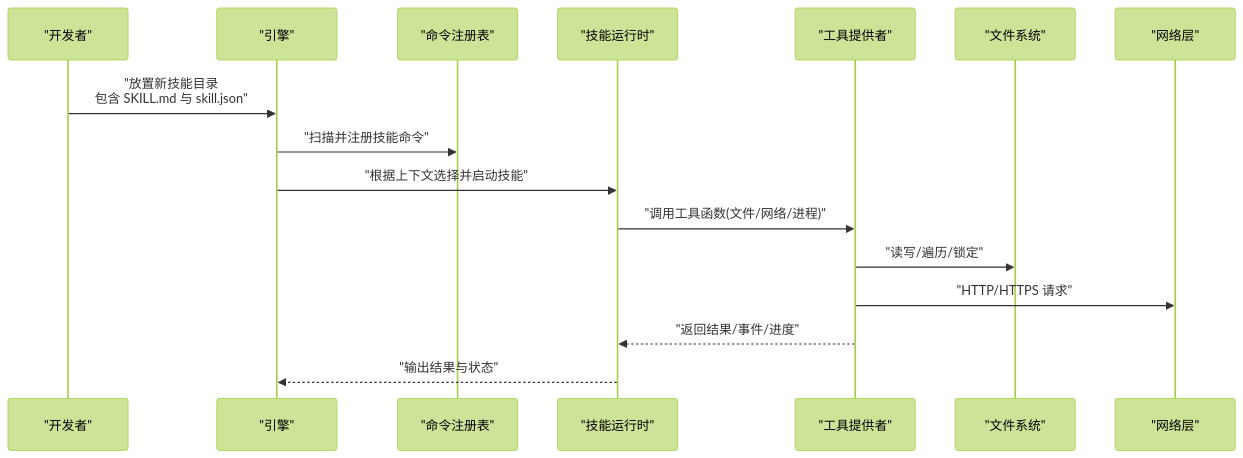
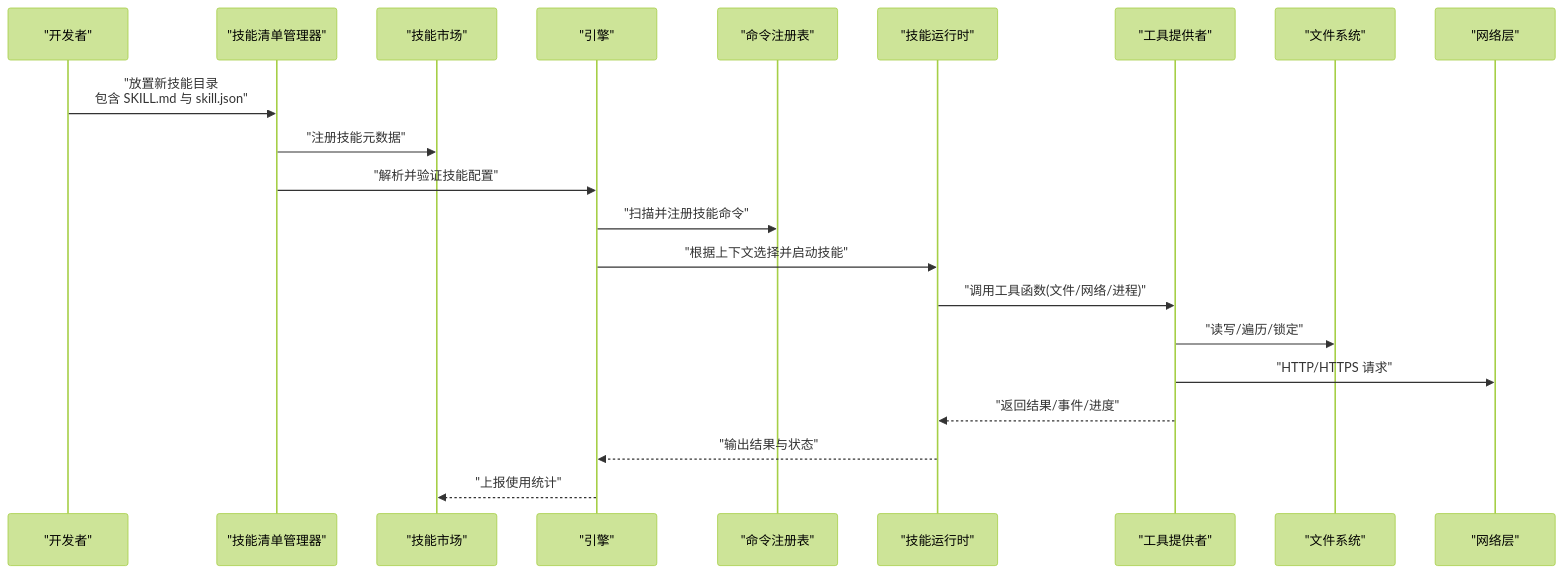
Before and after one commit to kkutysllb/KCoder: the second of 6 diagrams in .qoder/repowiki/zh/content/项目概述/核心特性/技能系统/自定义技能开发.md, drawn with Mermaid (forest theme). The commit also changed other lines of this file and 5 other files, not shown here.

````diff
--- a/.qoder/repowiki/zh/content/项目概述/核心特性/技能系统/自定义技能开发.md
+++ b/.qoder/repowiki/zh/content/项目概述/核心特性/技能系统/自定义技能开发.md
@@ -148,18 +177,23 @@
 ```mermaid
 sequenceDiagram
 participant Dev as "开发者"
+participant Manifest as "技能清单管理器"
+participant Marketplace as "技能市场"
 participant Engine as "引擎"
 participant Registry as "命令注册表"
 participant Runtime as "技能运行时"
 participant Tools as "工具提供者"
 participant FS as "文件系统"
 participant Net as "网络层"
-Dev->>Engine : "放置新技能目录<br/>包含 SKILL.md 与 skill.json"
+Dev->>Manifest : "放置新技能目录<br/>包含 SKILL.md 与 skill.json"
+Manifest->>Marketplace : "注册技能元数据"
+Manifest->>Engine : "解析并验证技能配置"
 Engine->>Registry : "扫描并注册技能命令"
 Engine->>Runtime : "根据上下文选择并启动技能"
 Runtime->>Tools : "调用工具函数(文件/网络/进程)"
 Tools->>FS : "读写/遍历/锁定"
 Tools->>Net : "HTTP/HTTPS 请求"
 Tools-->>Runtime : "返回结果/事件/进度"
 Runtime-->>Engine : "输出结果与状态"
+Engine-->>Marketplace : "上报使用统计"
 ```
````
